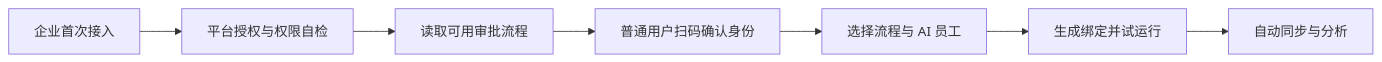
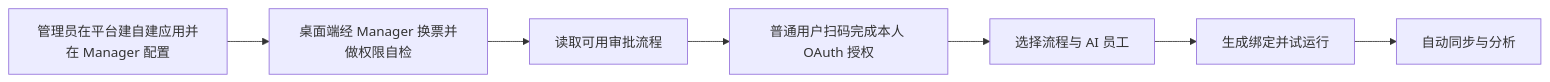
The diagram in docs/v1正式版本/技术设计/专题设计/2026-11-23-外部审批平台接入-需求与设计.md (xiaohei-info/aiteam), drawn with Mermaid before and after one commit. The commit also changed other lines of this file and 9 other files, not shown here.

````diff
--- a/docs/v1正式版本/技术设计/专题设计/2026-11-23-外部审批平台接入-需求与设计.md
+++ b/docs/v1正式版本/技术设计/专题设计/2026-11-23-外部审批平台接入-需求与设计.md
@@ -151,9 +154,9 @@
 ```mermaid
 flowchart LR
-  A[企业首次接入] --> B[平台授权与权限自检]
+  A[管理员在平台建自建应用并在 Manager 配置] --> B[桌面端经 Manager 换票并做权限自检]
   B --> C[读取可用审批流程]
-  C --> D[普通用户扫码确认身份]
+  C --> D[普通用户扫码完成本人 OAuth 授权]
   D --> E[选择流程与 AI 员工]
   E --> F[生成绑定并试运行]
   F --> G[自动同步与分析]
 ```
````
